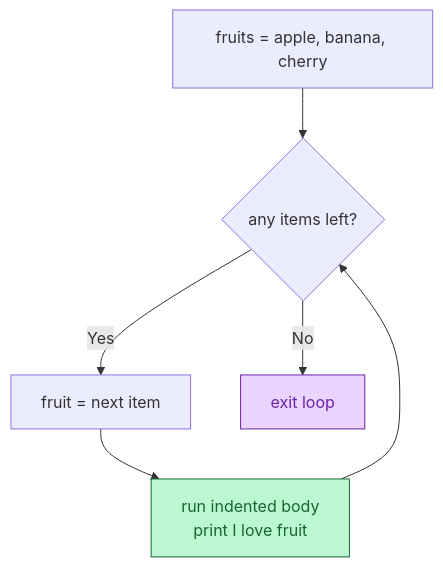
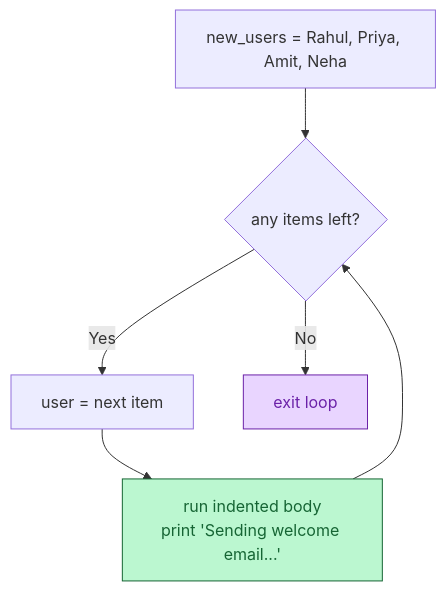
One commit to sndpaws/ai-ml-101 changed the second of 4 diagrams in 01-python/5-iteration-and-loops/live-class/README.md. Above: the diagram before and after it, drawn with Mermaid. The commit also changed other lines of this file and 2 other files, not shown here.

````diff
--- a/01-python/5-iteration-and-loops/live-class/README.md
+++ b/01-python/5-iteration-and-loops/live-class/README.md
@@ -83,10 +88,10 @@
 ```mermaid
 flowchart TD
-    Start[fruits = apple, banana, cherry] --> Next{any items left?}
-    Next -->|Yes| Set[fruit = next item]
-    Set --> Body[run indented body<br/>print I love fruit]
+    Start[new_users = Rahul, Priya, Amit, Neha] --> Next{any items left?}
+    Next -->|Yes| Set[user = next item]
+    Set --> Body[run indented body<br/>print 'Sending welcome email...']
     Body --> Next
     Next -->|No| Done[exit loop]
     style Body fill:#bbf7d0,stroke:#166534,color:#166534
     style Done fill:#e9d5ff,stroke:#6b21a8,color:#6b21a8
 ```
````
